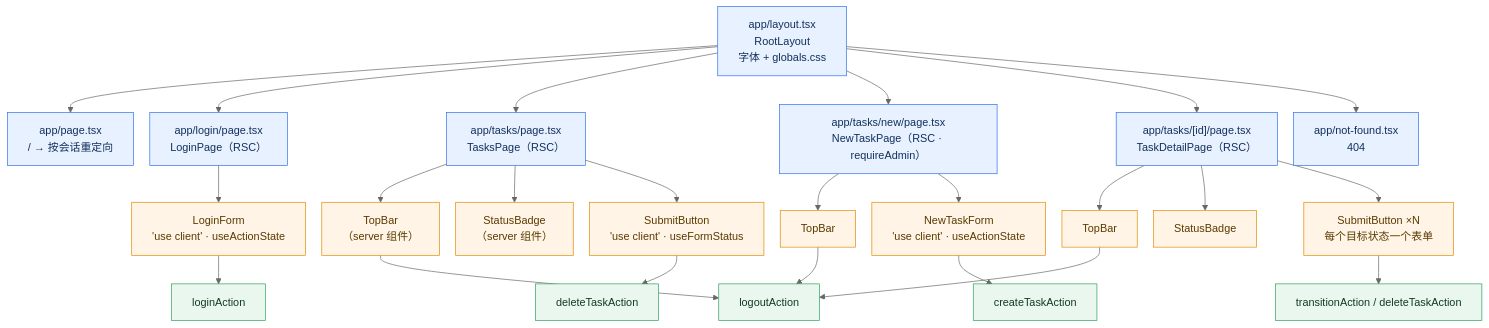
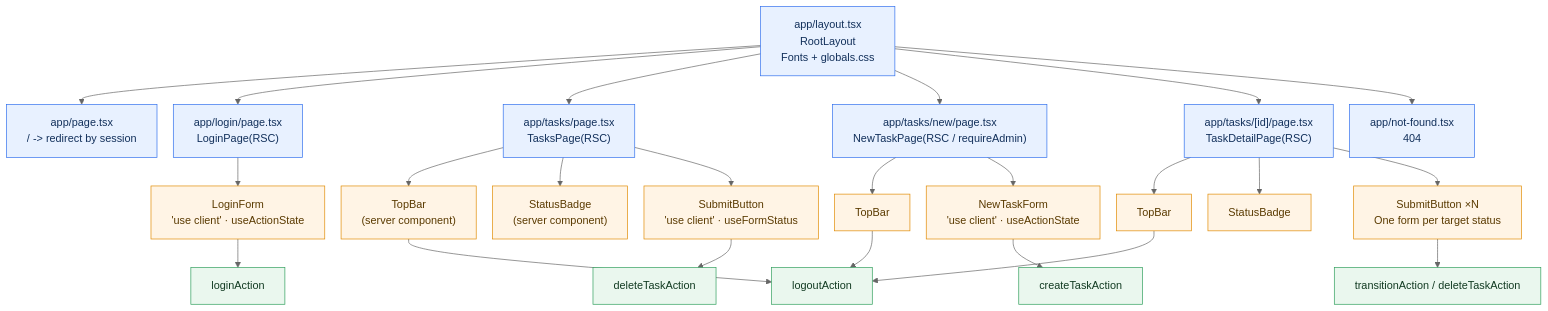
One commit to yiyumeng233-wq/Task-manager changed the diagram in docs/diagrams/src/02-component-tree.mmd. Above: the diagram before and after it, drawn with Mermaid (neutral theme). The commit also changed 39 other files, not shown here.

Commit message:
docs: translate Chinese comments and architecture assets into English

```diff
--- a/docs/diagrams/src/02-component-tree.mmd
+++ b/docs/diagrams/src/02-component-tree.mmd
@@ -1,33 +1,33 @@
 %%{init: {"flowchart": {"wrappingWidth": 260, "nodeSpacing": 24, "rankSpacing": 42}}}%%
 flowchart TD
-    L["app/layout.tsx<br/>RootLayout<br/>字体 + globals.css"] --> HOME["app/page.tsx<br/>/ → 按会话重定向"]
-    L --> LOGIN["app/login/page.tsx<br/>LoginPage（RSC）"]
-    L --> TASKS["app/tasks/page.tsx<br/>TasksPage（RSC）"]
-    L --> NEW["app/tasks/new/page.tsx<br/>NewTaskPage（RSC · requireAdmin）"]
-    L --> DETAIL["app/tasks/[id]/page.tsx<br/>TaskDetailPage（RSC）"]
+    L["app/layout.tsx<br/>RootLayout<br/>Fonts + globals.css"] --> HOME["app/page.tsx<br/>/ -> redirect by session"]
+    L --> LOGIN["app/login/page.tsx<br/>LoginPage(RSC)"]
+    L --> TASKS["app/tasks/page.tsx<br/>TasksPage(RSC)"]
+    L --> NEW["app/tasks/new/page.tsx<br/>NewTaskPage(RSC / requireAdmin)"]
+    L --> DETAIL["app/tasks/[id]/page.tsx<br/>TaskDetailPage(RSC)"]
     L --> NF["app/not-found.tsx<br/>404"]
 
     LOGIN --> LF["LoginForm<br/>'use client' · useActionState"]
-    TASKS --> TB1["TopBar<br/>（server 组件）"]
-    TASKS --> SB1["StatusBadge<br/>（server 组件）"]
+    TASKS --> TB1["TopBar<br/>(server component)"]
+    TASKS --> SB1["StatusBadge<br/>(server component)"]
     TASKS --> BTN1["SubmitButton<br/>'use client' · useFormStatus"]
     NEW --> TB2["TopBar"]
     NEW --> NTF["NewTaskForm<br/>'use client' · useActionState"]
     DETAIL --> TB3["TopBar"]
     DETAIL --> SB2["StatusBadge"]
-    DETAIL --> BTN2["SubmitButton ×N<br/>每个目标状态一个表单"]
+    DETAIL --> BTN2["SubmitButton ×N<br/>One form per target status"]
 
     LF --> A1["loginAction"]
     NTF --> A2["createTaskAction"]
     BTN1 --> A3["deleteTaskAction"]
     BTN2 --> A4["transitionAction / deleteTaskAction"]
     TB1 --> A5["logoutAction"]
     TB2 --> A5
     TB3 --> A5
 
     classDef page fill:#E8F1FF,stroke:#2F6FED,color:#12305B
     classDef comp fill:#FFF4E5,stroke:#E08A00,color:#5A3A00
     classDef act fill:#EAF7EE,stroke:#2E9E5B,color:#123B22
     class HOME,LOGIN,TASKS,NEW,DETAIL,NF,L page
     class LF,TB1,SB1,BTN1,TB2,NTF,TB3,SB2,BTN2 comp
     class A1,A2,A3,A4,A5 act
```
